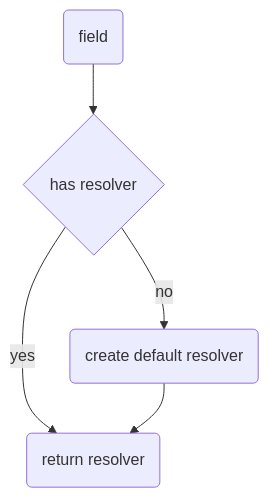
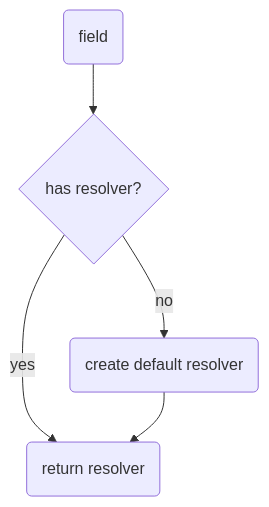
Before and after one commit to ChilliCream/graphql-platform: the first of 3 diagrams in website/src/docs/hotchocolate/fetching-data/index.md, drawn with Mermaid. The commit also changed other lines of this file and 5 other files, not shown here.

Commit message:
Proceeded with resolver docu and fixed a mermaid bug

````diff
--- a/website/src/docs/hotchocolate/fetching-data/index.md
+++ b/website/src/docs/hotchocolate/fetching-data/index.md
@@ -9,7 +9,7 @@
 ```mermaid
 graph TD
-  A(field) --> B{has resolver}
+  A(field) --> B{has resolver?}
   B --> |yes|C(return resolver)
   B --> |no|D(create default resolver)
   D --> C
 ```
````
